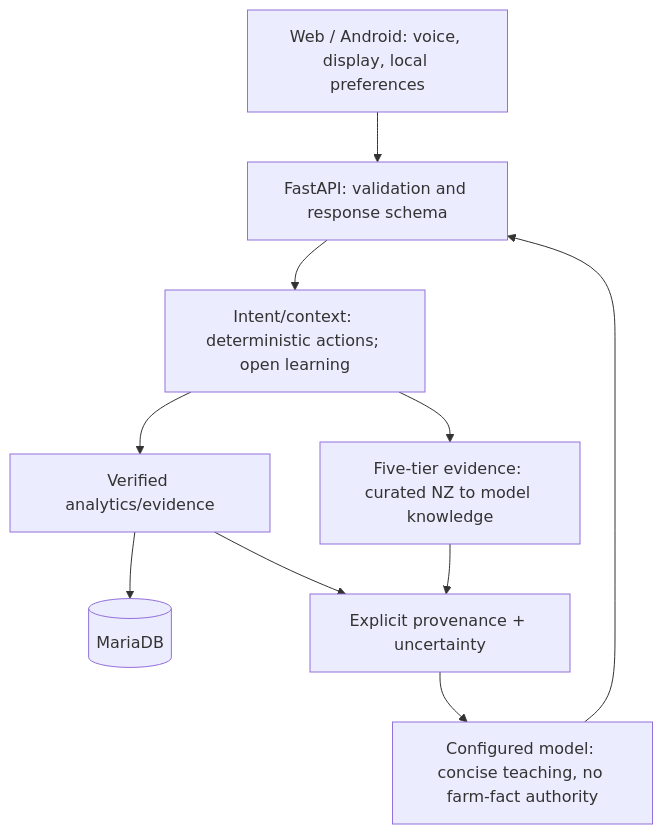
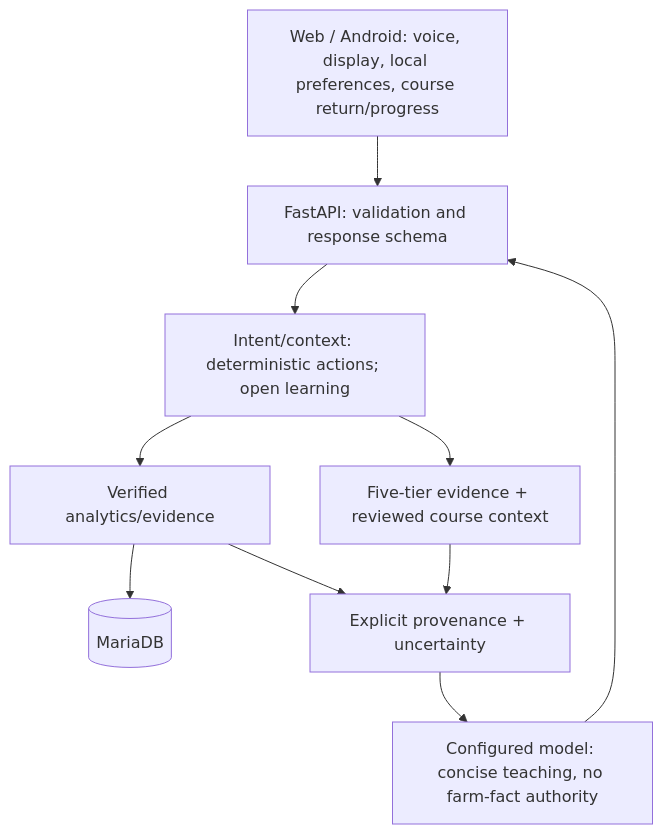
One commit to w0rmy/farmpi changed the diagram in docs/diagrams/layered-boundaries.mmd. Above: the diagram before and after it, drawn with Mermaid. The commit also changed 14 other files, not shown here.

```diff
--- a/docs/diagrams/layered-boundaries.mmd
+++ b/docs/diagrams/layered-boundaries.mmd
@@ -1,13 +1,13 @@
 flowchart TB
-  UI[Web / Android: voice, display, local preferences]
+  UI[Web / Android: voice, display, local preferences, course return/progress]
   API[FastAPI: validation and response schema]
   ROUTE[Intent/context: deterministic actions; open learning]
   DATA[Verified analytics/evidence]
-  SOURCES[Five-tier evidence: curated NZ to model knowledge]
+  SOURCES[Five-tier evidence + reviewed course context]
   PROV[Explicit provenance + uncertainty]
   DB[(MariaDB)]
   LLM[Configured model: concise teaching, no farm-fact authority]
   UI --> API --> ROUTE --> DATA --> DB
   ROUTE --> SOURCES
   DATA --> PROV --> LLM --> API
   SOURCES --> PROV
```
